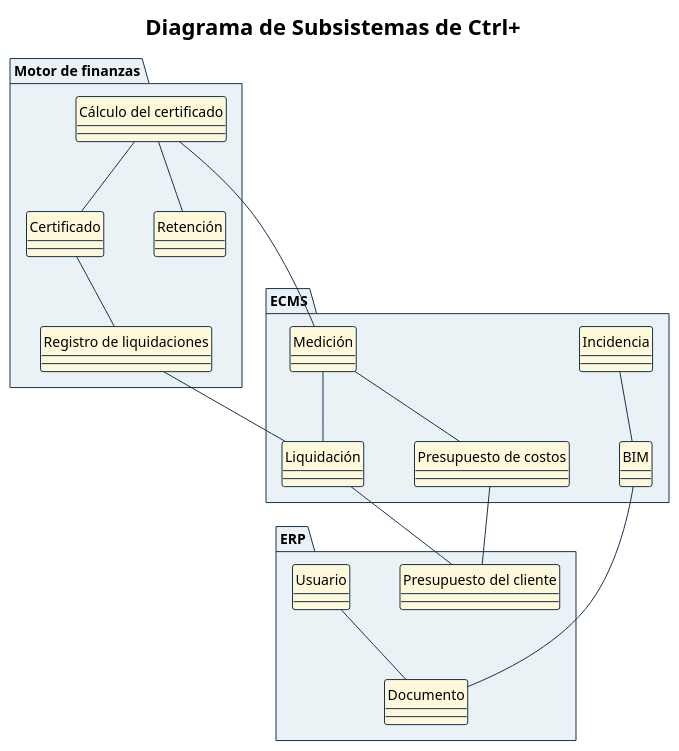
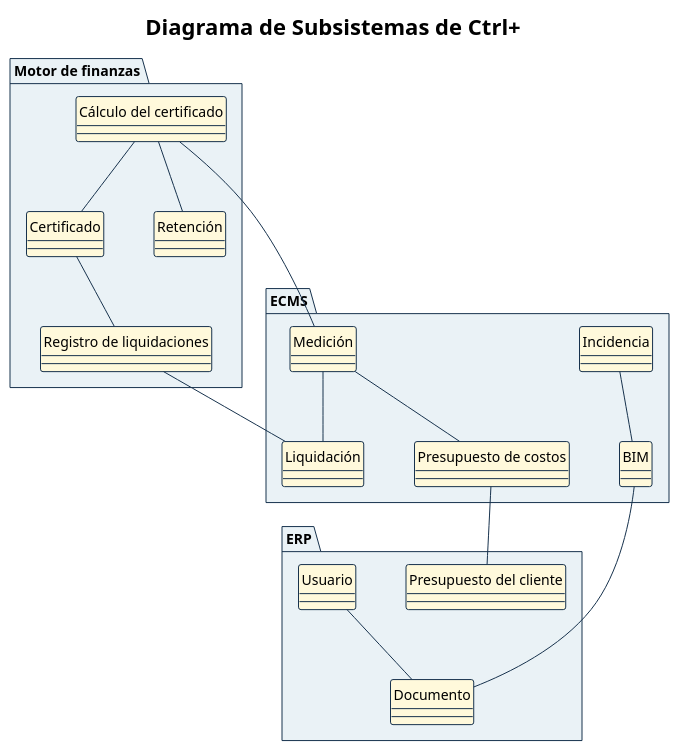
The diagram in diagramas/CU-00-paquetes.puml (Ssrrb/tpf-uca), drawn with PlantUML before and after one commit.

Commit message:
Quitar relación Liquidación - Presupuesto del cliente del diagrama de subsistemas
Claude-Session: https://claude.ai/code/session_01SsyG3wUJjJavC4bKm9ePMa

```diff
--- a/diagramas/CU-00-paquetes.puml
+++ b/diagramas/CU-00-paquetes.puml
@@ -1,83 +1,82 @@
 @startuml
 !theme plain
 skinparam style strictuml
 skinparam shadowing false
 skinparam defaultFontName Arial
 skinparam defaultFontSize 14
 skinparam ArrowColor #17324D
 skinparam activity {
   StartColor #17324D
   EndColor #17324D
   BarColor #17324D
   BackgroundColor #F5F8FA
   BorderColor #17324D
   DiamondBackgroundColor #EAF2F6
   DiamondBorderColor #17324D
 }
 skinparam swimlane {
   BorderColor #17324D
   TitleBackgroundColor #EAF2F6
 }
 skinparam state {
   StartColor #17324D
   EndColor #17324D
   BackgroundColor #F5F8FA
   BorderColor #17324D
 }
 skinparam package {
   BackgroundColor #EAF2F6
   BorderColor #17324D
 }
 skinparam note {
   BackgroundColor #FFFFFF
   BorderColor #17324D
 }
 title Diagrama de Subsistemas de Ctrl+
 skinparam nodesep 50
 skinparam ranksep 70
 skinparam package {
   BackgroundColor #EAF2F6
   BorderColor #17324D
 }
 
 
 show circle
 skinparam classBackgroundColor #FFF9DB
 skinparam classBorderColor #17324D
 
 package "Motor de finanzas" {
   class "Cálculo del certificado" as CalculoCertificado
   class "Certificado" as Certificado
   class "Registro de liquidaciones" as RegistroLiquidacion
   class "Retención" as Retencion
 }
 
 package "ECMS" {
   class "Medición" as Medicion
   class "Liquidación" as Liquidacion
   class "Presupuesto de costos" as PresupuestoCostos
   class "Incidencia" as Incidencia
   class "BIM" as Modelo
 }
 
 package "ERP" {
   class "Presupuesto del cliente" as Contrato
   class "Usuario" as Usuario
   class "Documento" as Documento
 }
 
 CalculoCertificado -- Certificado
 CalculoCertificado -- Retencion
 Certificado -- RegistroLiquidacion
 Medicion -- Liquidacion
 Medicion -- PresupuestoCostos
 Incidencia -- Modelo
 
 CalculoCertificado -- Medicion
 RegistroLiquidacion -- Liquidacion
-Liquidacion -- Contrato
 PresupuestoCostos -- Contrato
 Usuario -- Documento
 Modelo -- Documento
 
 @enduml
```
